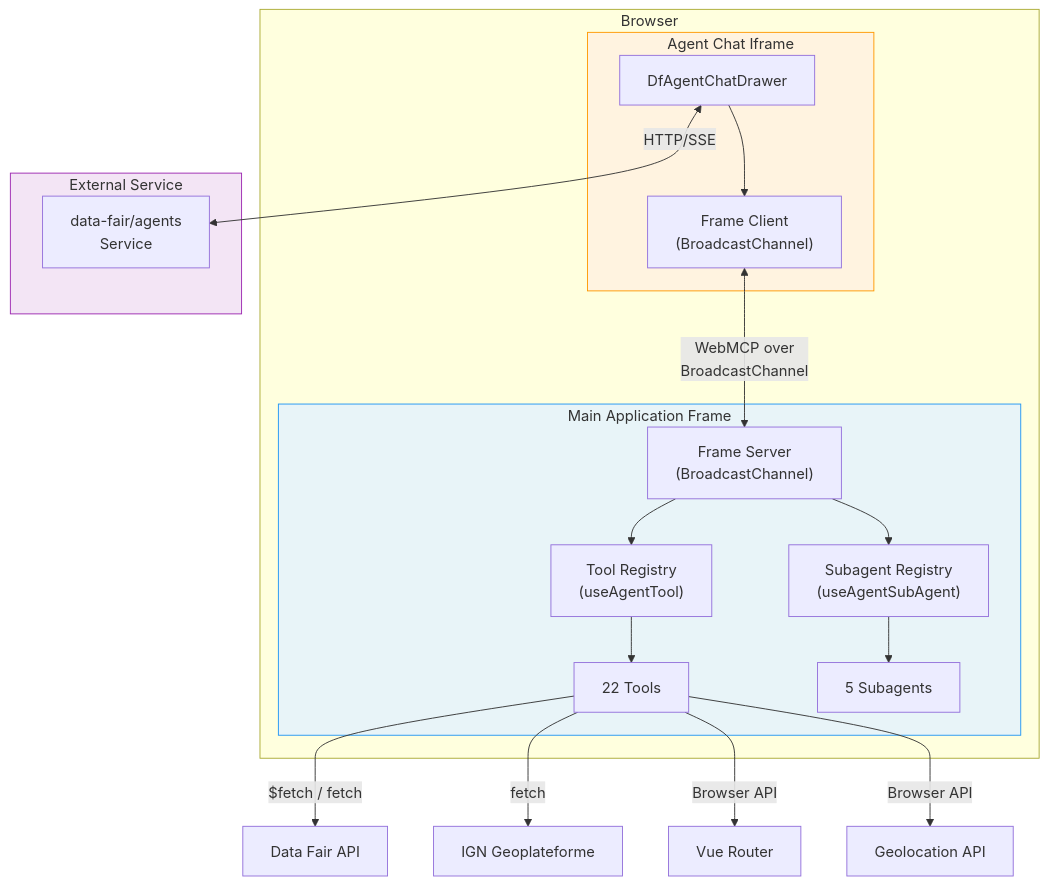
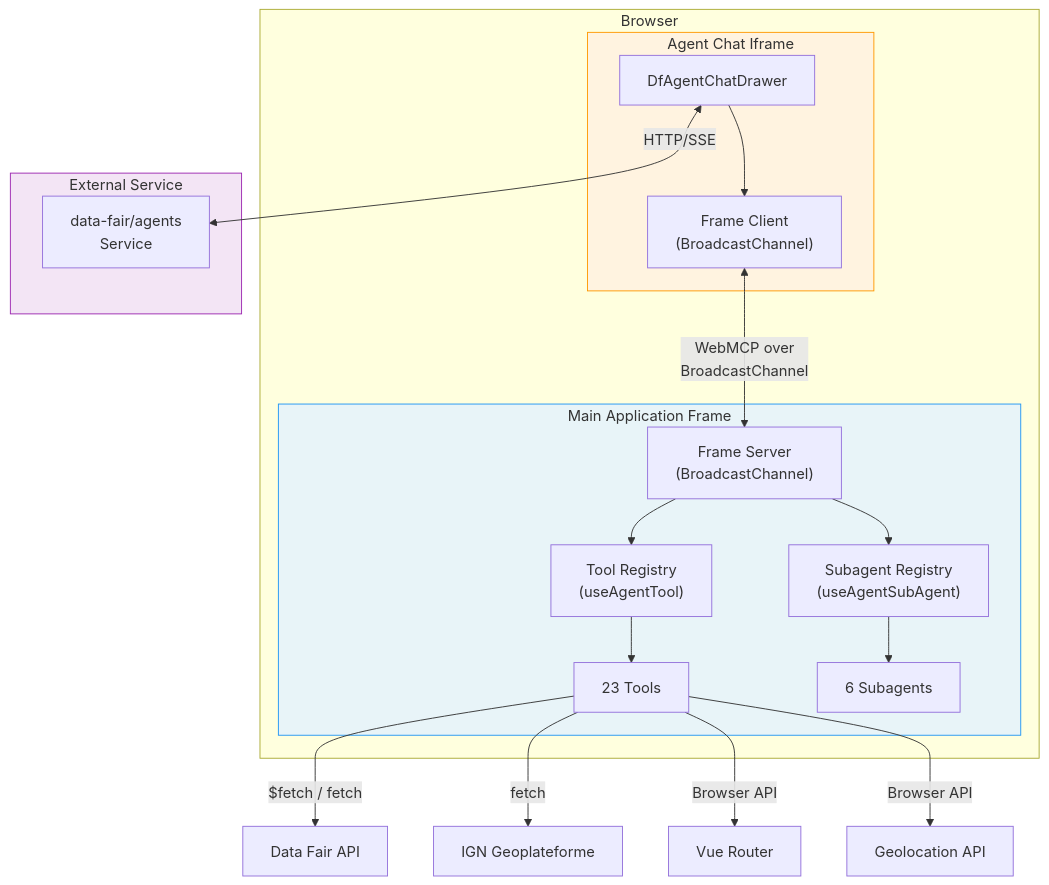
One commit to data-fair/data-fair changed the first of 3 diagrams in docs/architecture/agent-integration.md. Above: the diagram before and after it, drawn with Mermaid. The commit also changed other lines of this file and 4 other files, not shown here.

````diff
--- a/docs/architecture/agent-integration.md
+++ b/docs/architecture/agent-integration.md
@@ -31,34 +31,34 @@
 ```mermaid
 graph TB
     subgraph Browser
         subgraph MainFrame["Main Application Frame"]
             FS["Frame Server<br/>(BroadcastChannel)"]
             TR["Tool Registry<br/>(useAgentTool)"]
             SR["Subagent Registry<br/>(useAgentSubAgent)"]
-            Tools["22 Tools"]
-            SubAgents["5 Subagents"]
+            Tools["23 Tools"]
+            SubAgents["6 Subagents"]
             TR --> Tools
             SR --> SubAgents
             FS --> TR
             FS --> SR
         end
         subgraph ChatIframe["Agent Chat Iframe"]
             CD["DfAgentChatDrawer"]
             FC["Frame Client<br/>(BroadcastChannel)"]
             CD --> FC
         end
         FC <-->|"WebMCP over<br/>BroadcastChannel"| FS
     end
     subgraph External["External Service"]
         AS["data-fair/agents<br/>Service"]
     end
     CD <-->|"HTTP/SSE"| AS
     Tools -->|"$fetch / fetch"| API["Data Fair API"]
     Tools -->|"fetch"| GEO["IGN Geoplateforme"]
     Tools -->|"Browser API"| NAV["Vue Router"]
     Tools -->|"Browser API"| GEOLOC["Geolocation API"]
 
     style MainFrame fill:#e8f4f8,stroke:#2196F3
     style ChatIframe fill:#fff3e0,stroke:#FF9800
     style External fill:#f3e5f5,stroke:#9C27B0
 ```
````
